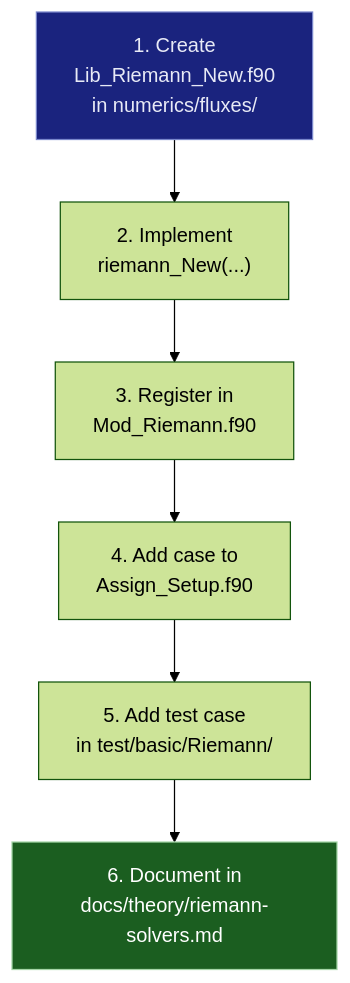
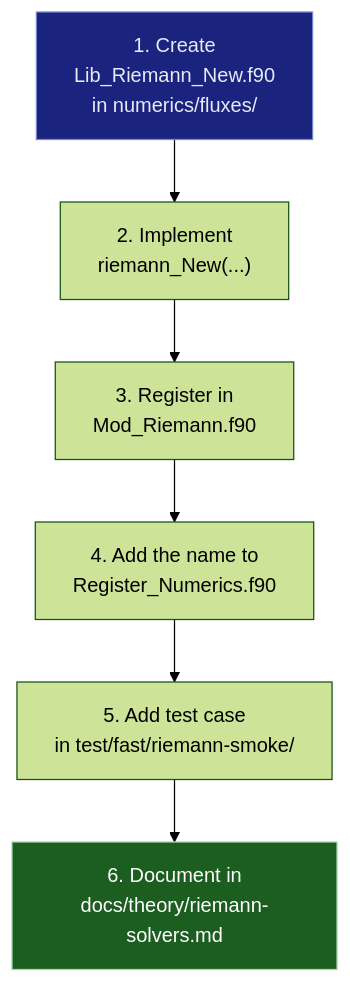
Before and after one commit to open-hydra/MOSE: the second of 4 diagrams in docs/development/contributing.md, drawn with Mermaid (forest theme). The commit also changed other lines of this file and 30 other files, not shown here.

````diff
--- a/docs/development/contributing.md
+++ b/docs/development/contributing.md
@@ -98,11 +98,11 @@
 ```mermaid
 flowchart TD
     A["1. Create<br/>Lib_Riemann_New.f90<br/>in numerics/fluxes/"] --> B["2. Implement<br/>riemann_New(...)"]
     B --> C["3. Register in<br/>Mod_Riemann.f90"]
-    C --> D["4. Add case to<br/>Assign_Setup.f90"]
-    D --> E["5. Add test case<br/>in test/basic/Riemann/"]
+    C --> D["4. Add the name to<br/>Register_Numerics.f90"]
+    D --> E["5. Add test case<br/>in test/fast/riemann-smoke/"]
     E --> F["6. Document in<br/>docs/theory/riemann-solvers.md"]
 
     style A fill:#1a237e,stroke:#7986cb,color:#e8eaf6
     style F fill:#1b5e20,stroke:#a5d6a7,color:#fff
 ```
````
